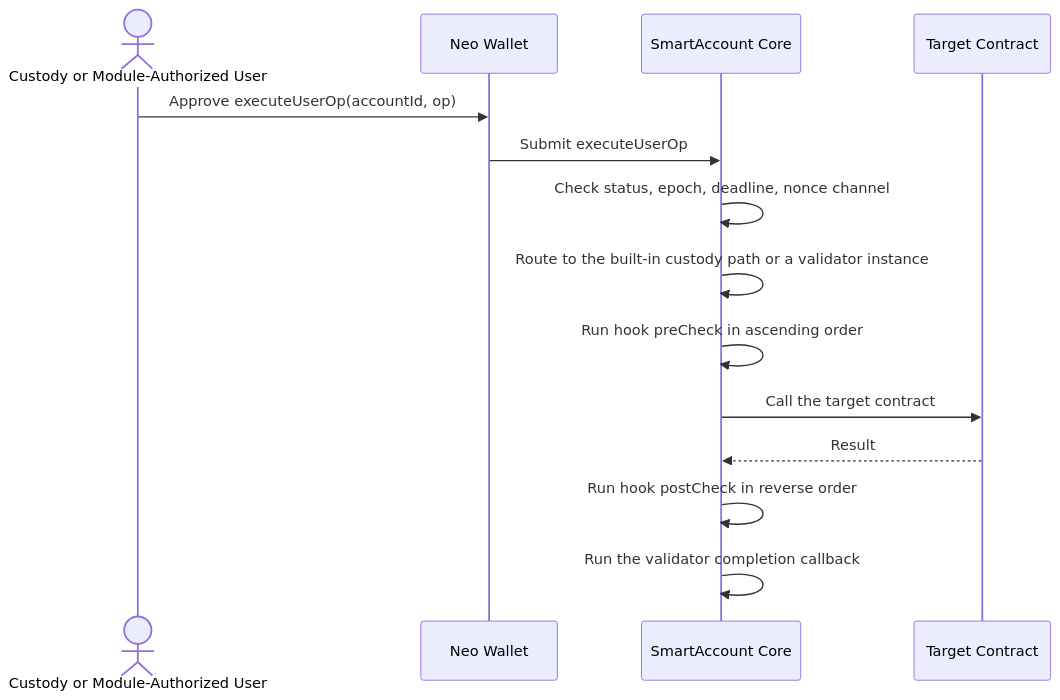
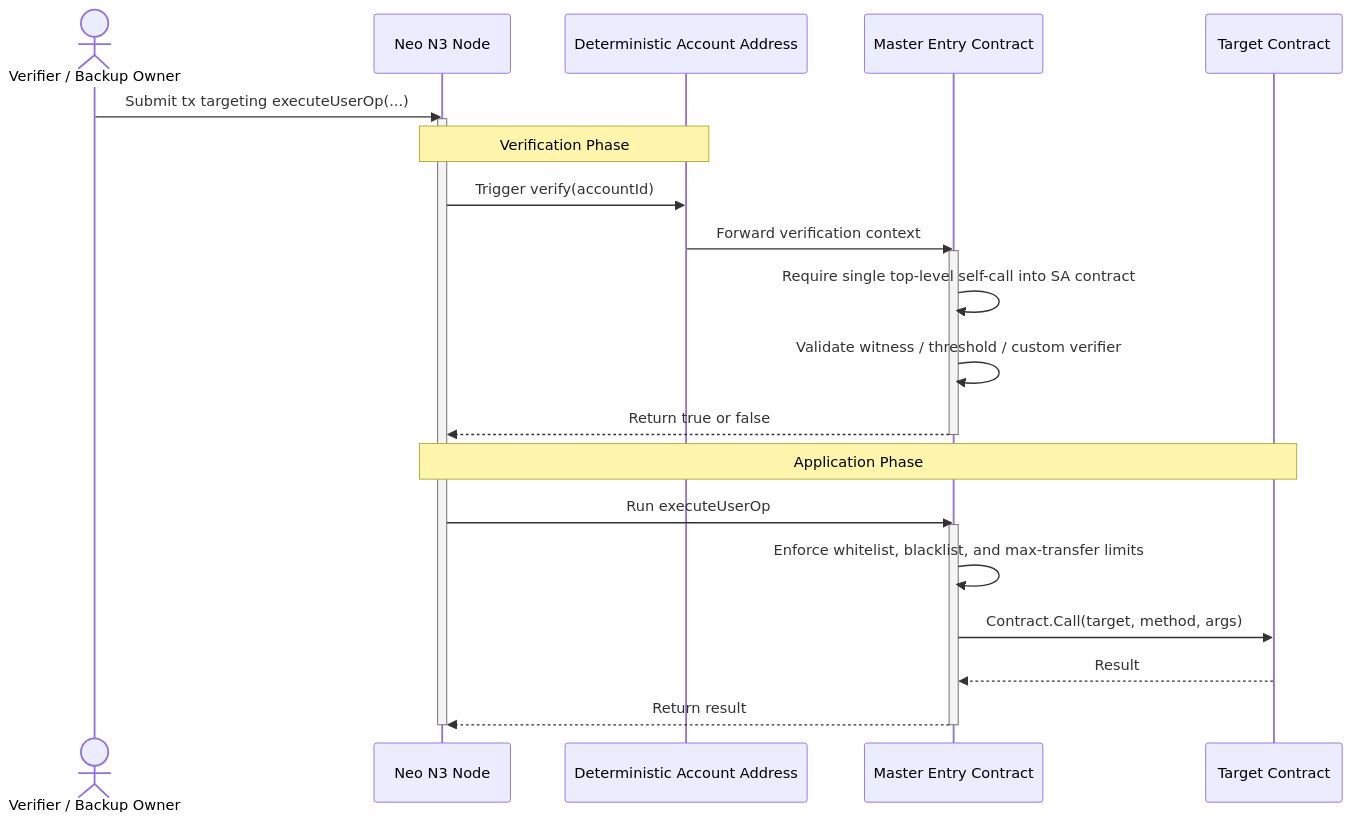
The third of 4 diagrams in frontend/src/assets/docs/workflow.md (r3e-network/neo-os-aa), drawn with Mermaid before and after one commit. The commit also changed other lines of this file and 148 other files, not shown here.

````diff
--- a/frontend/src/assets/docs/workflow.md
+++ b/frontend/src/assets/docs/workflow.md
@@ -81,17 +81,30 @@
 ```mermaid
 sequenceDiagram
-    actor User as Custody or Module-Authorized User
-    participant Wallet as Neo Wallet
-    participant Core as SmartAccount Core
+    actor Signer as Verifier / Backup Owner
+    participant Node as Neo N3 Node
+    participant Proxy as Deterministic Account Address
+    participant Master as Master Entry Contract
     participant Target as Target Contract
 
-    User->>Wallet: Approve executeUserOp(accountId, op)
-    Wallet->>Core: Submit executeUserOp
-    Core->>Core: Check status, epoch, deadline, nonce channel
-    Core->>Core: Route to the built-in custody path or a validator instance
-    Core->>Core: Run hook preCheck in ascending order
-    Core->>Target: Call the target contract
-    Target-->>Core: Result
-    Core->>Core: Run hook postCheck in reverse order
-    Core->>Core: Run the validator completion callback
+    Signer->>Node: Submit tx targeting executeUserOp(...)
+    activate Node
+
+    Note over Node,Proxy: Verification Phase
+    Node->>Proxy: Trigger verify(accountId)
+    Proxy->>Master: Forward verification context
+    activate Master
+    Master->>Master: Require single top-level self-call into SA contract
+    Master->>Master: Validate witness / threshold / custom verifier
+    Master-->>Node: Return true or false
+    deactivate Master
+
+    Note over Node,Target: Application Phase
+    Node->>Master: Run executeUserOp
+    activate Master
+    Master->>Master: Enforce whitelist, blacklist, and max-transfer limits
+    Master->>Target: Contract.Call(target, method, args)
+    Target-->>Master: Result
+    Master-->>Node: Return result
+    deactivate Master
+    deactivate Node
 ```
````
